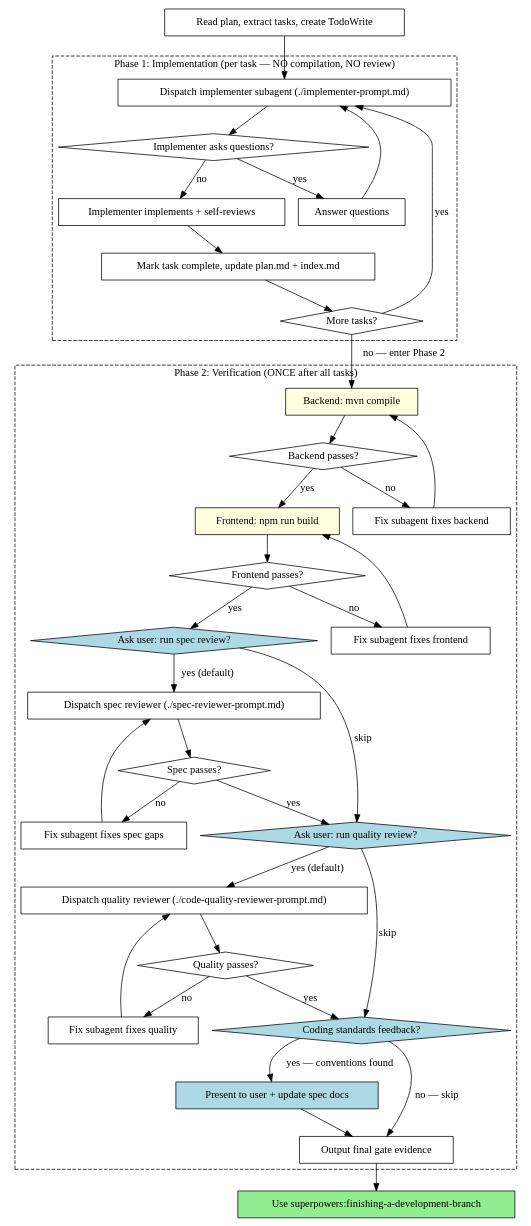
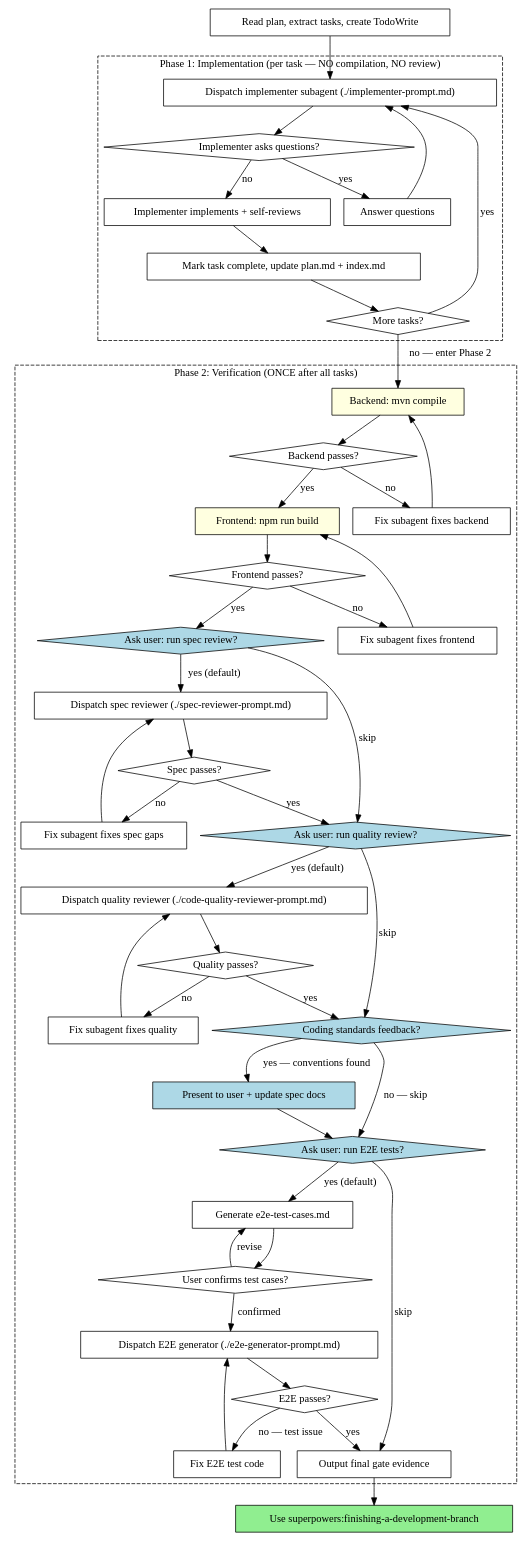
Before and after one commit to 786153747/superpowers: the second of 2 diagrams in skills/subagent-driven-development/SKILL.md, drawn with Graphviz. The commit also changed other lines of this file and 9 other files, not shown here.

````diff
--- a/skills/subagent-driven-development/SKILL.md
+++ b/skills/subagent-driven-development/SKILL.md
@@ -89,6 +89,12 @@
         "Fix subagent fixes quality" [shape=box];
         "Coding standards feedback?" [shape=diamond style=filled fillcolor=lightblue];
         "Present to user + update spec docs" [shape=box style=filled fillcolor=lightblue];
+        "Ask user: run E2E tests?" [shape=diamond style=filled fillcolor=lightblue];
+        "Generate e2e-test-cases.md" [shape=box];
+        "User confirms test cases?" [shape=diamond];
+        "Dispatch E2E generator (./e2e-generator-prompt.md)" [shape=box];
+        "E2E passes?" [shape=diamond];
+        "Fix E2E test code" [shape=box];
         "Output final gate evidence" [shape=box];
     }
 
@@ -126,8 +132,17 @@
     "Fix subagent fixes quality" -> "Dispatch quality reviewer (./code-quality-reviewer-prompt.md)";
     "Quality passes?" -> "Coding standards feedback?" [label="yes"];
     "Coding standards feedback?" -> "Present to user + update spec docs" [label="yes — conventions found"];
-    "Present to user + update spec docs" -> "Output final gate evidence";
-    "Coding standards feedback?" -> "Output final gate evidence" [label="no — skip"];
+    "Present to user + update spec docs" -> "Ask user: run E2E tests?";
+    "Coding standards feedback?" -> "Ask user: run E2E tests?" [label="no — skip"];
+    "Ask user: run E2E tests?" -> "Generate e2e-test-cases.md" [label="yes (default)"];
+    "Ask user: run E2E tests?" -> "Output final gate evidence" [label="skip"];
+    "Generate e2e-test-cases.md" -> "User confirms test cases?";
+    "User confirms test cases?" -> "Generate e2e-test-cases.md" [label="revise"];
+    "User confirms test cases?" -> "Dispatch E2E generator (./e2e-generator-prompt.md)" [label="confirmed"];
+    "Dispatch E2E generator (./e2e-generator-prompt.md)" -> "E2E passes?";
+    "E2E passes?" -> "Fix E2E test code" [label="no — test issue"];
+    "Fix E2E test code" -> "Dispatch E2E generator (./e2e-generator-prompt.md)";
+    "E2E passes?" -> "Output final gate evidence" [label="yes"];
     "Output final gate evidence" -> "Use superpowers:finishing-a-development-branch";
 }
 ```
````
